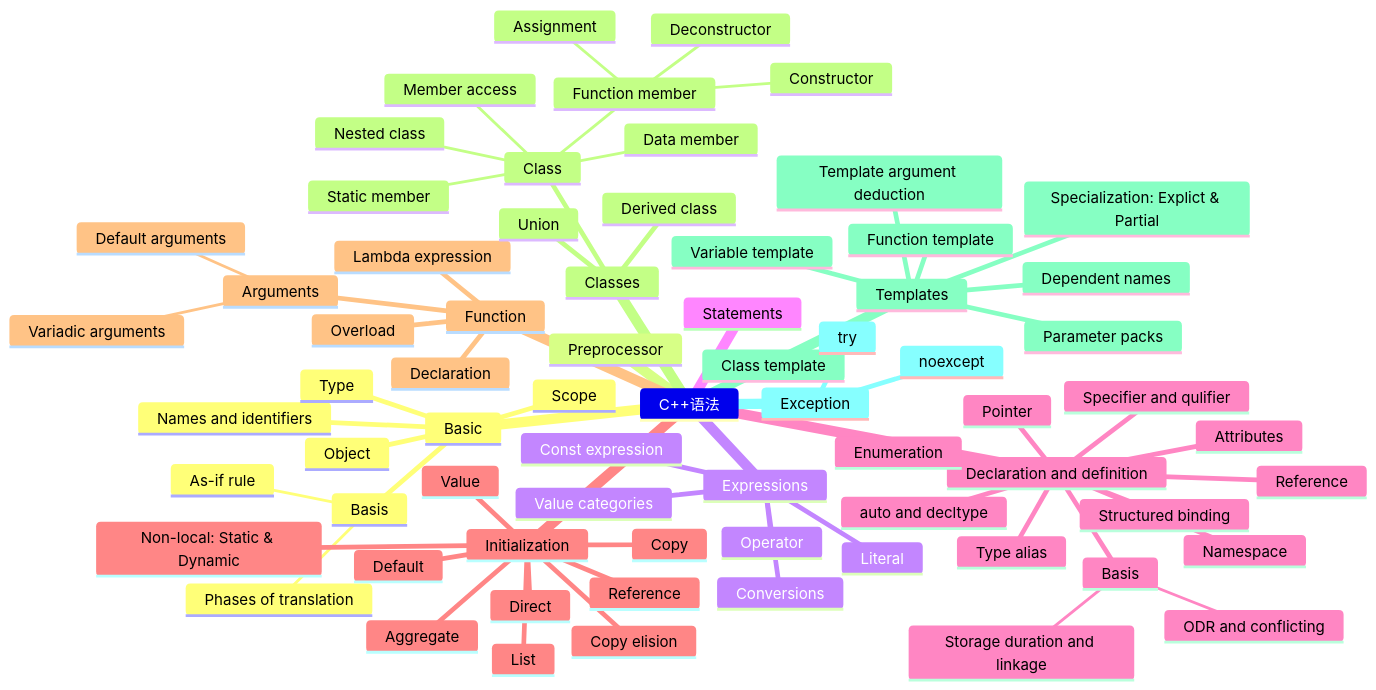
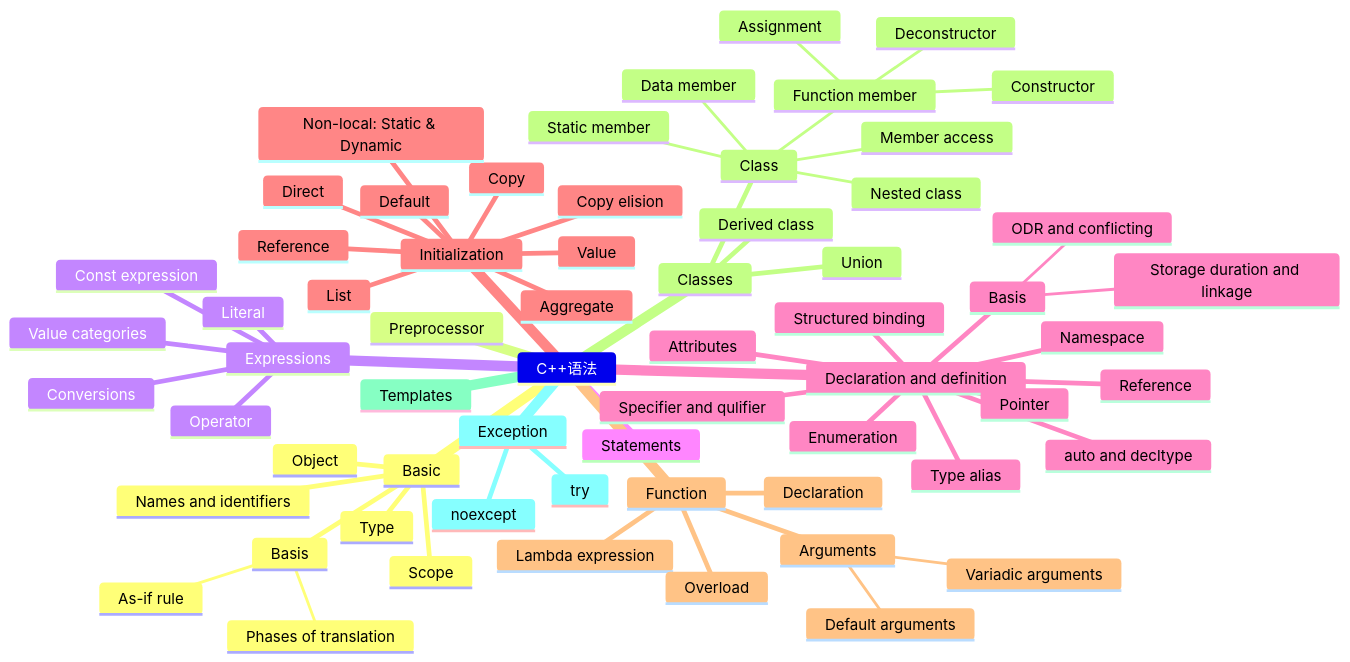
Before and after one commit to jishuguang/library: the diagram in docs/程序/C++/语法/语法.md, drawn with Mermaid. The commit also changed other lines of this file and 4 other files, not shown here.

````diff
--- a/docs/程序/C++/语法/语法.md
+++ b/docs/程序/C++/语法/语法.md
@@ -5,73 +5,66 @@
 ```{mermaid}
 mindmap
 C++语法
   Basic
     Basis
       As-if rule
       Phases of translation
     Names and identifiers
     Object
     Type
     Scope
   Preprocessor
   Expressions
     Value categories
     Operator
     Const expression
     Conversions
     Literal
   Statements
   Declaration and definition
     Basis
       ODR and conflicting
       Storage duration and linkage
     Namespace
     Reference
     Pointer
     Structured binding
     Enumeration
     Specifier and qulifier
     auto and decltype
     Type alias
     Attributes
   Initialization
     Default
     Value
     Copy
     Direct
     Aggregate
     List
     Reference
     Non-local: Static & Dynamic
     Copy elision
   Function
     Declaration
     Arguments
       Default arguments
       Variadic arguments
     Lambda expression
     Overload
   Classes
     Class
       Data member
       Function member
         Constructor
         Deconstructor
         Assignment
       Static member
       Nested class
       Member access
     Derived class
     Union
   Templates
-    Function template
-    Class template
-    Variable template
-    Template argument deduction
-    Specialization: Explict & Partial
-    Parameter packs
-    Dependent names
   Exception
     noexcept
     try
 ```
````
